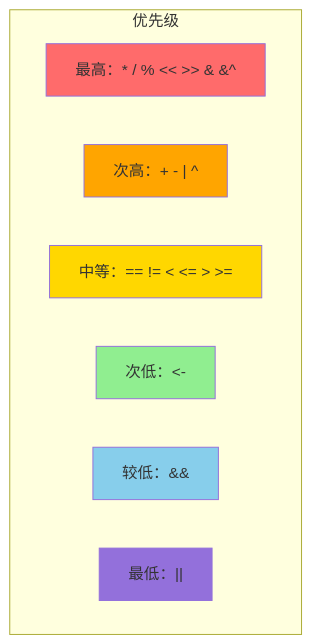
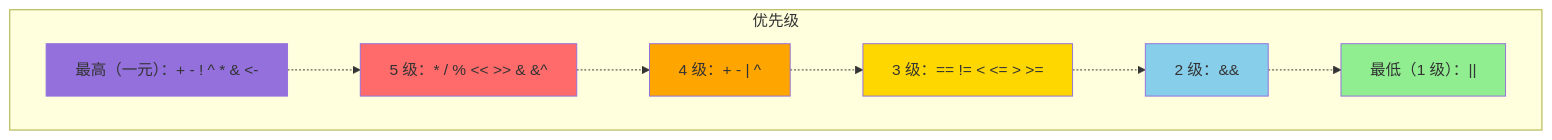
One commit to before80/prgms changed the fourth of 8 diagrams in content/go/basic/Chapter-01-Lexical-Elements.md. Above: the diagram before and after it, drawn with Mermaid. The commit also changed other lines of this file and 1645 other files, not shown here.

````diff
--- a/content/go/basic/Chapter-01-Lexical-Elements.md
+++ b/content/go/basic/Chapter-01-Lexical-Elements.md
@@ -1299,18 +1318,23 @@
 ```mermaid
 flowchart TB
     subgraph 优先级
-        A[最高：* / % << >> & &^]
-        B["次高：+ - | ^"]
-        C[中等：== != < <= > >=]
-        D[次低：<-]
-        E[较低：&&]
-        F["最低：||"]
+        A["最高（一元）：+ - ! ^ * &amp; &lt;-"]
+        B["5 级：* / % &lt;&lt; &gt;&gt; &amp; &amp;^"]
+        C["4 级：+ - | ^"]
+        D["3 级：== != &lt; &lt;= &gt; &gt;="]
+        E["2 级：&amp;&amp;"]
+        F["最低（1 级）：||"]
     end
-    
-    style A fill:#FF6B6B
-    style B fill:#FFA500
-    style C fill:#FFD700
-    style D fill:#90EE90
+    A -.-> B
+    B -.-> C
+    C -.-> D
+    D -.-> E
+    E -.-> F
+
+    style A fill:#9370DB
+    style B fill:#FF6B6B
+    style C fill:#FFA500
+    style D fill:#FFD700
     style E fill:#87CEEB
-    style F fill:#9370DB
+    style F fill:#90EE90
 ```
````
